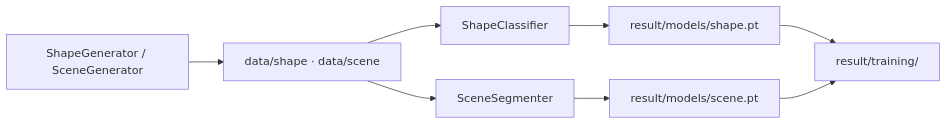
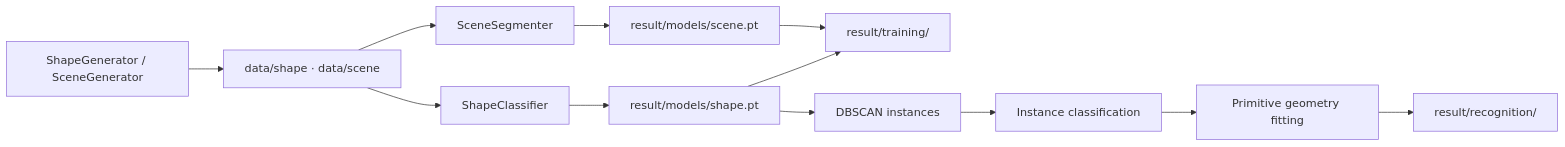
The diagram in readme.md (Geng-Li-1995/PointLearn3D), drawn with Mermaid before and after one commit. The commit also changed other lines of this file and 41 other files, not shown here.

````diff
--- a/readme.md
+++ b/readme.md
@@ -70,10 +89,14 @@
 ```mermaid
 flowchart LR
     A[ShapeGenerator / SceneGenerator] --> B[data/shape · data/scene]
     B --> C[ShapeClassifier]
     B --> D[SceneSegmenter]
     C --> E[result/models/shape.pt]
     D --> F[result/models/scene.pt]
     E --> G[result/training/]
     F --> G
+    E --> H[DBSCAN instances]
+    H --> I[Instance classification]
+    I --> J[Primitive geometry fitting]
+    J --> K[result/recognition/]
 ```
````
